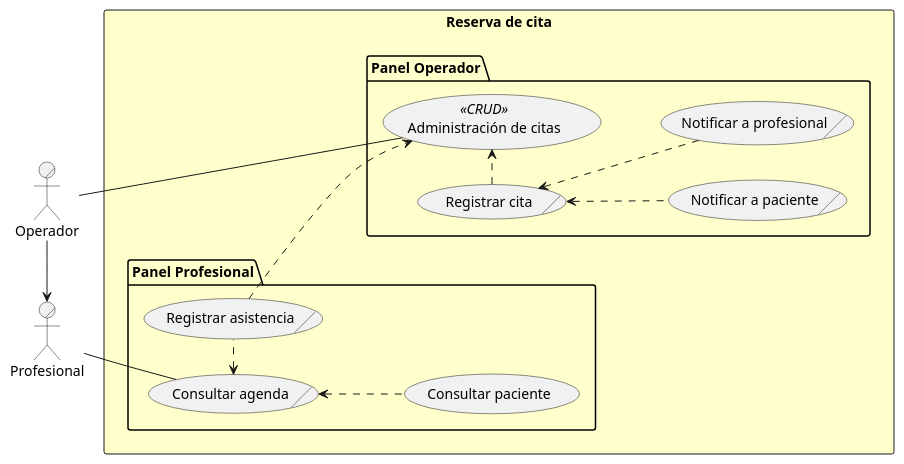
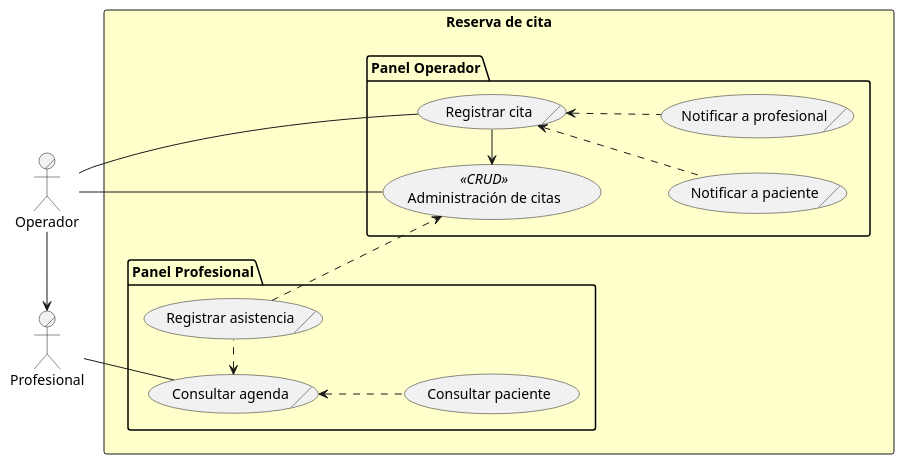
The diagram in ROOT/modules/proyecto/puml/citas-business-usecase.puml (capsi-ucp/capsi-ucp.github.io), drawn with PlantUML before and after one commit.

Commit message:
Caso de uso de lógica de negocio para la reserva de citas

```diff
--- a/ROOT/modules/proyecto/puml/citas-business-usecase.puml
+++ b/ROOT/modules/proyecto/puml/citas-business-usecase.puml
@@ -1,29 +1,29 @@
 @startuml
 left to right direction
 actor/ Operador
 actor/ Profesional
 
 rectangle "Reserva de cita" #BUSINESS {
   package "Panel Operador" {
     usecase "Administración de citas" as AdminCitas << CRUD >>
     usecase/ "Registrar cita" as Citar
     usecase/ "Notificar a paciente" as NotificarPaciente
     usecase/ "Notificar a profesional" as NotificarProfesional
   }
   package "Panel Profesional" {
     usecase/ "Consultar agenda" as Agenda
     usecase "Consultar paciente" as ConsultarPaciente
     usecase/ "Registrar asistencia" as Asistencia
   }
 }
-
 Operador -- AdminCitas
+Operador -- Citar
 Profesional -- Agenda
 Operador -> Profesional
-Citar .> AdminCitas
-Citar <.- NotificarPaciente
-Citar <.- NotificarProfesional
-Agenda <.- ConsultarPaciente
+Citar -> AdminCitas
+Citar <.. NotificarPaciente
+Citar <.. NotificarProfesional
+Agenda <.. ConsultarPaciente
 Agenda <. Asistencia
 Asistencia -.> AdminCitas
 @enduml
```
